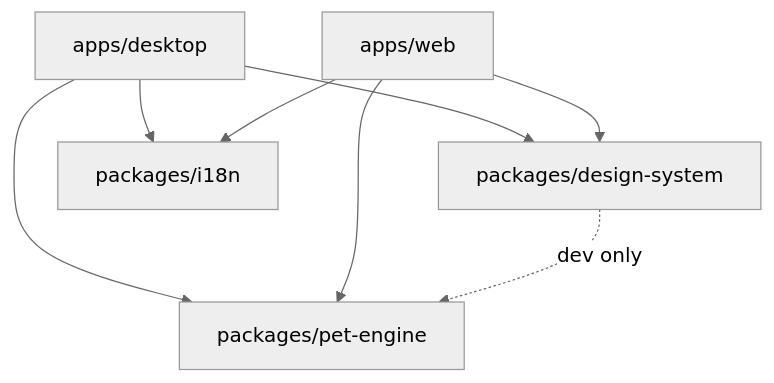
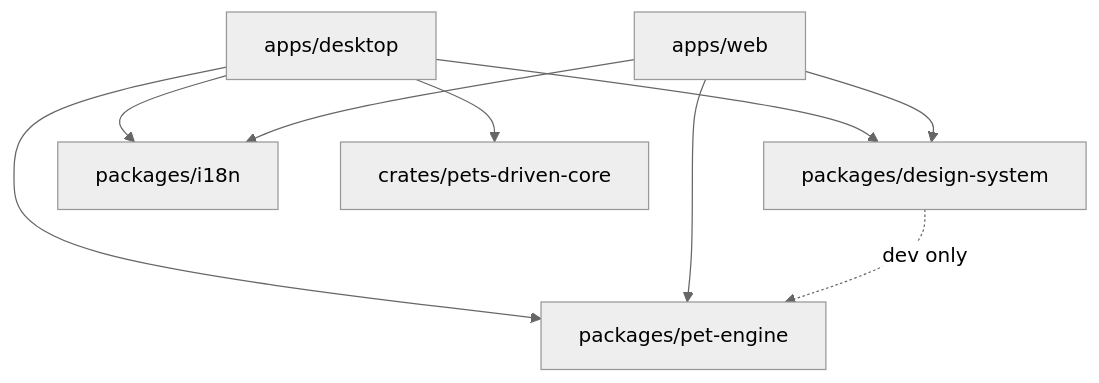
Before and after one commit to young1the/pets-driven: the diagram in AGENTS.md, drawn with Mermaid (neutral theme). The commit also changed other lines of this file and 1 other file, not shown here.

First line of the commit message:
Document the pets-driven-core crate in the architecture docs

````diff
--- a/AGENTS.md
+++ b/AGENTS.md
@@ -38,10 +39,11 @@
 ```mermaid
 graph TD
   desktop[apps/desktop] --> engine[packages/pet-engine]
   desktop --> ds[packages/design-system]
   desktop --> i18n[packages/i18n]
+  desktop --> core[crates/pets-driven-core]
   web[apps/web] --> engine
   web --> ds
   web --> i18n
   ds -.->|dev only| engine
 ```
````
